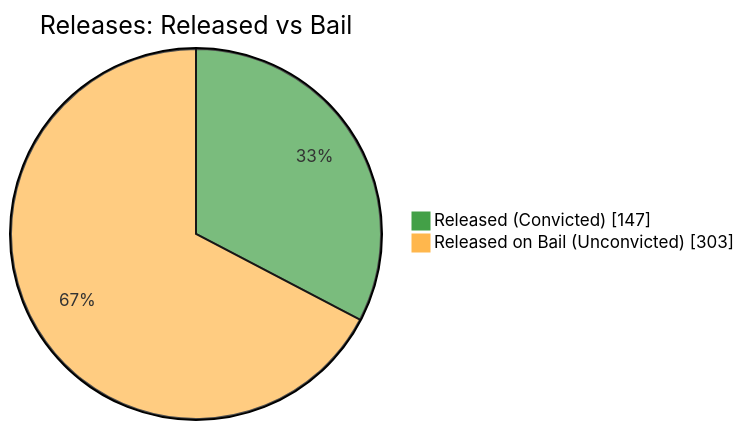
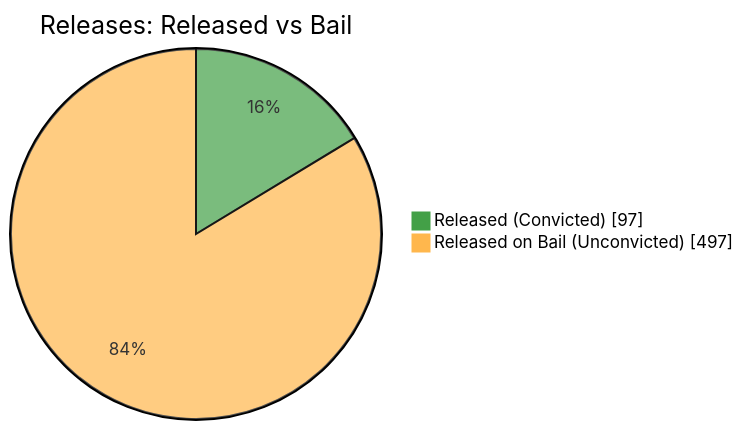
The fifth of 7 diagrams in README.md (nuuuwan/lk_prisons), drawn with Mermaid before and after one commit. The commit also changed other lines of this file and 1 other file, not shown here.

````diff
--- a/README.md
+++ b/README.md
@@ -87,6 +87,6 @@
 ```mermaid
 %%{init: {'themeVariables': {'pie1': '#43A047', 'pie2': '#FFB74D'}}}%%
 pie showData title Releases: Released vs Bail
-    "Released (Convicted)" : 147
-    "Released on Bail (Unconvicted)" : 303
+    "Released (Convicted)" : 97
+    "Released on Bail (Unconvicted)" : 497
 ```
````
